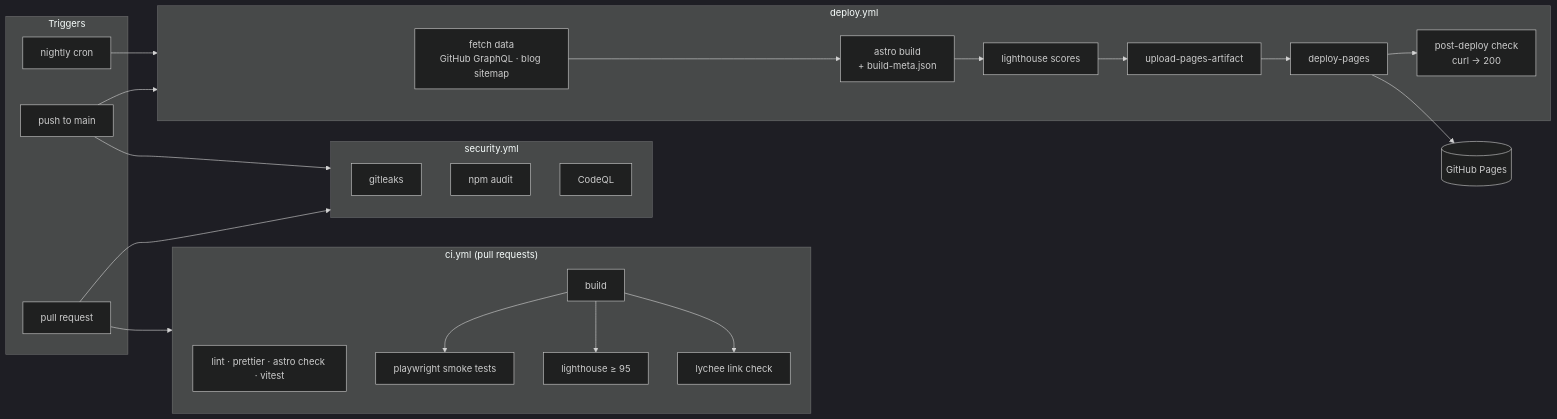
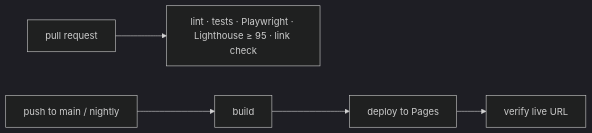
Before and after one commit to sameeralam3127/sameeralam3127.github.io: the diagram in README.md, drawn with Mermaid (dark theme). The commit also changed other lines of this file, not shown here.

````diff
--- a/README.md
+++ b/README.md
@@ -17,38 +32,5 @@
 ```mermaid
 flowchart LR
-    subgraph Triggers
-        PR[pull request]
-        PUSH[push to main]
-        CRON[nightly cron]
-    end
-
-    subgraph CI["ci.yml (pull requests)"]
-        Q[lint · prettier · astro check · vitest]
-        B[build]
-        E[playwright smoke tests]
-        L[lighthouse ≥ 95]
-        K[lychee link check]
-        B --> E & L & K
-    end
-
-    subgraph SEC["security.yml"]
-        G[gitleaks]
-        A[npm audit]
-        C[CodeQL]
-    end
-
-    subgraph DEPLOY["deploy.yml"]
-        D1["fetch data<br/>GitHub GraphQL · blog sitemap"]
-        D2["astro build<br/>+ build-meta.json"]
-        D3[lighthouse scores]
-        D4[upload-pages-artifact]
-        D5[deploy-pages]
-        D6[post-deploy check<br/>curl → 200]
-        D1 --> D2 --> D3 --> D4 --> D5 --> D6
-    end
-
-    PR --> CI & SEC
-    PUSH --> DEPLOY & SEC
-    CRON --> DEPLOY
-    D5 --> SITE[(GitHub Pages)]
+    PR[pull request] --> CI[lint · tests · Playwright · Lighthouse ≥ 95 · link check]
+    MAIN[push to main / nightly] --> B[build] --> D[deploy to Pages] --> V[verify live URL]
 ```
````
